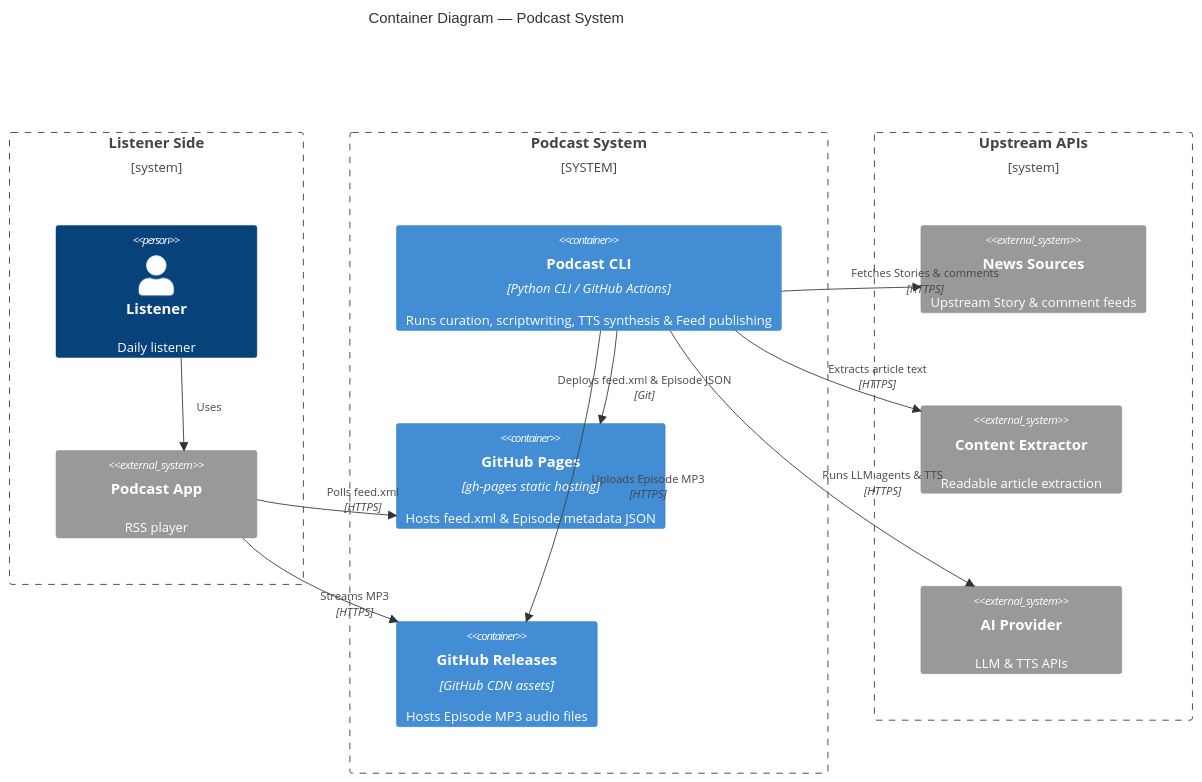
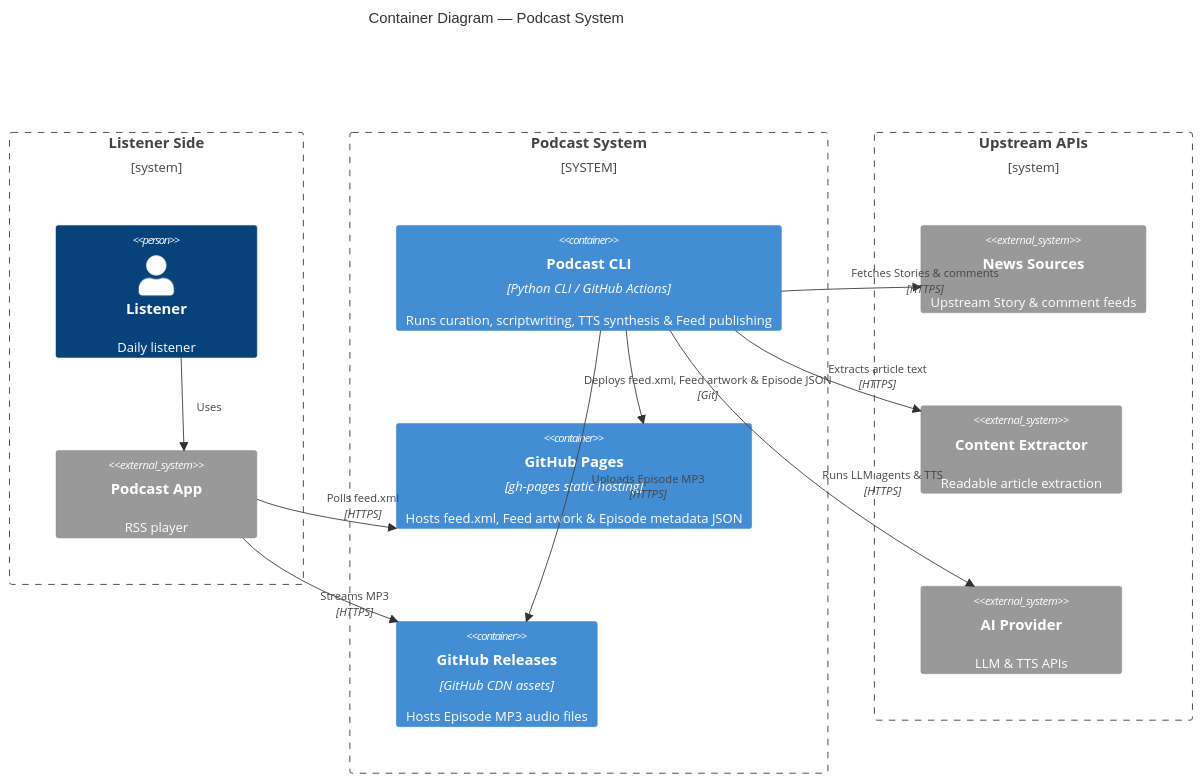
One commit to matheusccouto/podcast changed the diagram in docs/architecture/podcast-system/container.mmd. Above: the diagram before and after it, drawn with Mermaid. The commit also changed 12 other files, not shown here.

Commit message:
feat: rebrand feed and add itunes metadata

```diff
--- a/docs/architecture/podcast-system/container.mmd
+++ b/docs/architecture/podcast-system/container.mmd
@@ -1,39 +1,39 @@
 C4Container
     title Container Diagram — Podcast System
 
     Boundary(consumers, "Listener Side") {
         Person(listener, "Listener", "Daily listener")
         System_Ext(player, "Podcast App", "RSS player")
     }
 
     System_Boundary(podcast, "Podcast System") {
         Container(cli, "Podcast CLI", "Python CLI / GitHub Actions", "Runs curation, scriptwriting, TTS synthesis & Feed publishing")
-        Container(pages, "GitHub Pages", "gh-pages static hosting", "Hosts feed.xml & Episode metadata JSON")
+        Container(pages, "GitHub Pages", "gh-pages static hosting", "Hosts feed.xml, Feed artwork & Episode metadata JSON")
         Container(releases, "GitHub Releases", "GitHub CDN assets", "Hosts Episode MP3 audio files")
     }
 
     Boundary(providers, "Upstream APIs") {
         System_Ext(sources, "News Sources", "Upstream Story & comment feeds")
         System_Ext(extractor, "Content Extractor", "Readable article extraction")
         System_Ext(ai, "AI Provider", "LLM & TTS APIs")
     }
 
     Rel(listener, player, "Uses")
     Rel(player, pages, "Polls feed.xml", "HTTPS")
     Rel(player, releases, "Streams MP3", "HTTPS")
 
-    Rel(cli, pages, "Deploys feed.xml & Episode JSON", "Git")
+    Rel(cli, pages, "Deploys feed.xml, Feed artwork & Episode JSON", "Git")
     Rel(cli, releases, "Uploads Episode MP3", "HTTPS")
     Rel(cli, sources, "Fetches Stories & comments", "HTTPS")
     Rel(cli, extractor, "Extracts article text", "HTTPS")
     Rel(cli, ai, "Runs LLM agents & TTS", "HTTPS")
 
     UpdateRelStyle(listener, player, $offsetX="15")
     UpdateRelStyle(player, pages, $offsetY="-20")
     UpdateRelStyle(player, releases, $offsetY="15")
     UpdateRelStyle(cli, pages, $offsetX="-55")
     UpdateRelStyle(cli, releases, $offsetX="30")
     UpdateRelStyle(cli, sources, $offsetY="-20")
     UpdateRelStyle(cli, extractor, $offsetY="-5")
     UpdateRelStyle(cli, ai, $offsetY="15")
     UpdateLayoutConfig($c4ShapeInRow="1", $c4BoundaryInRow="3")
```
